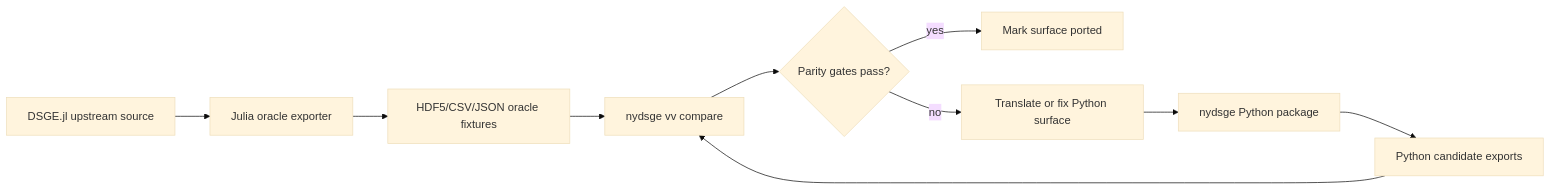
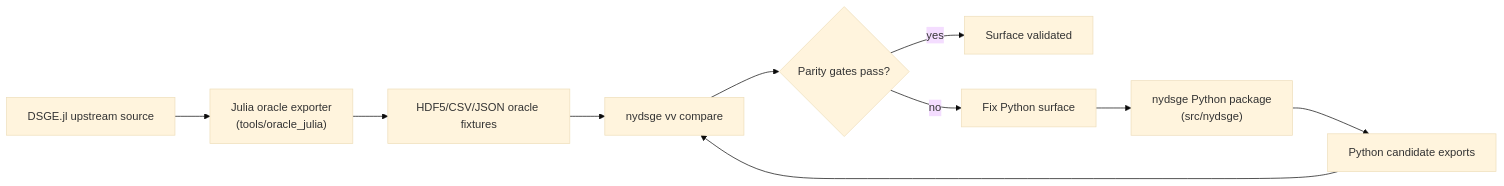
Before and after one commit to gustavorubim/nydsge-python: the first of 4 diagrams in README.md, drawn with Mermaid (base theme). The commit also changed other lines of this file, not shown here.

````diff
--- a/README.md
+++ b/README.md
@@ -44,14 +141,14 @@
 ```mermaid
 flowchart LR
-    Julia["DSGE.jl upstream source"] --> Oracle["Julia oracle exporter"]
+    Julia["DSGE.jl upstream source"] --> Oracle["Julia oracle exporter<br/>(tools/oracle_julia)"]
     Oracle --> Fixtures["HDF5/CSV/JSON oracle fixtures"]
 
-    Python["nydsge Python package"] --> Candidate["Python candidate exports"]
+    Python["nydsge Python package<br/>(src/nydsge)"] --> Candidate["Python candidate exports"]
     Candidate --> Compare["nydsge vv compare"]
     Fixtures --> Compare
 
     Compare --> Gates{"Parity gates pass?"}
-    Gates -->|yes| Ported["Mark surface ported"]
-    Gates -->|no| Translate["Translate or fix Python surface"]
+    Gates -->|yes| Ported["Surface validated"]
+    Gates -->|no| Translate["Fix Python surface"]
     Translate --> Python
 ```
````
